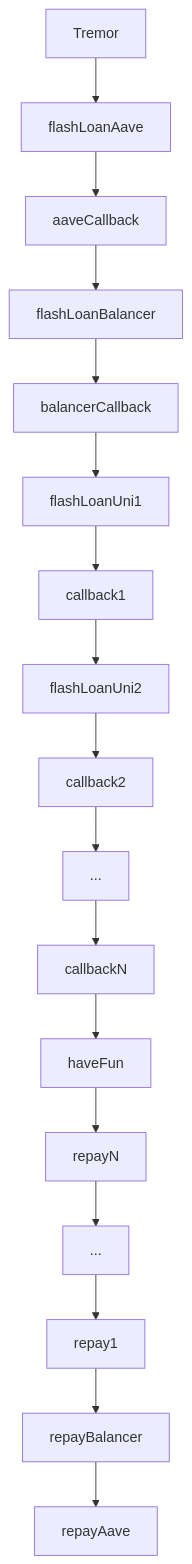
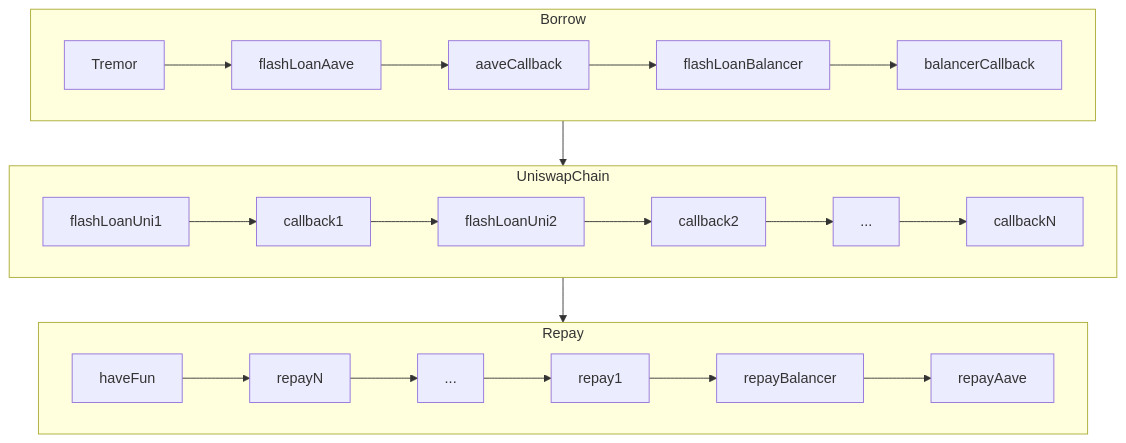
The diagram in README.md (smitrajput/flashgod), drawn with Mermaid before and after one commit. The commit also changed other lines of this file, not shown here.

Commit message:
:pencil: subgraph

````diff
--- a/README.md
+++ b/README.md
@@ -28,19 +28,30 @@
 ```mermaid
 graph TD
-    Tremor-->flashLoanAave
-    flashLoanAave-->aaveCallback
-    aaveCallback-->flashLoanBalancer
-    flashLoanBalancer-->balancerCallback
-    balancerCallback-->flashLoanUni1
-    flashLoanUni1-->callback1
-    callback1-->flashLoanUni2
-    flashLoanUni2-->callback2
-    callback2-->dots[...]
-    dots-->callbackN
-    callbackN-->haveFun
-    haveFun-->repayN
-    repayN-->dots2[...]
-    dots2-->repay1
-    repay1-->repayBalancer
-    repayBalancer-->repayAave
+    subgraph Borrow
+        direction LR
+        Tremor-->flashLoanAave
+        flashLoanAave-->aaveCallback
+        aaveCallback-->flashLoanBalancer
+        flashLoanBalancer-->balancerCallback
+    end
+    
+    subgraph UniswapChain
+        direction LR
+        balancerCallback-->flashLoanUni1
+        flashLoanUni1-->callback1
+        callback1-->flashLoanUni2
+        flashLoanUni2-->callback2
+        callback2-->dots[...]
+        dots-->callbackN
+    end
+    
+    subgraph Repay
+        direction LR
+        callbackN-->haveFun
+        haveFun-->repayN
+        repayN-->dots2[...]
+        dots2-->repay1
+        repay1-->repayBalancer
+        repayBalancer-->repayAave
+    end
 ```
````
